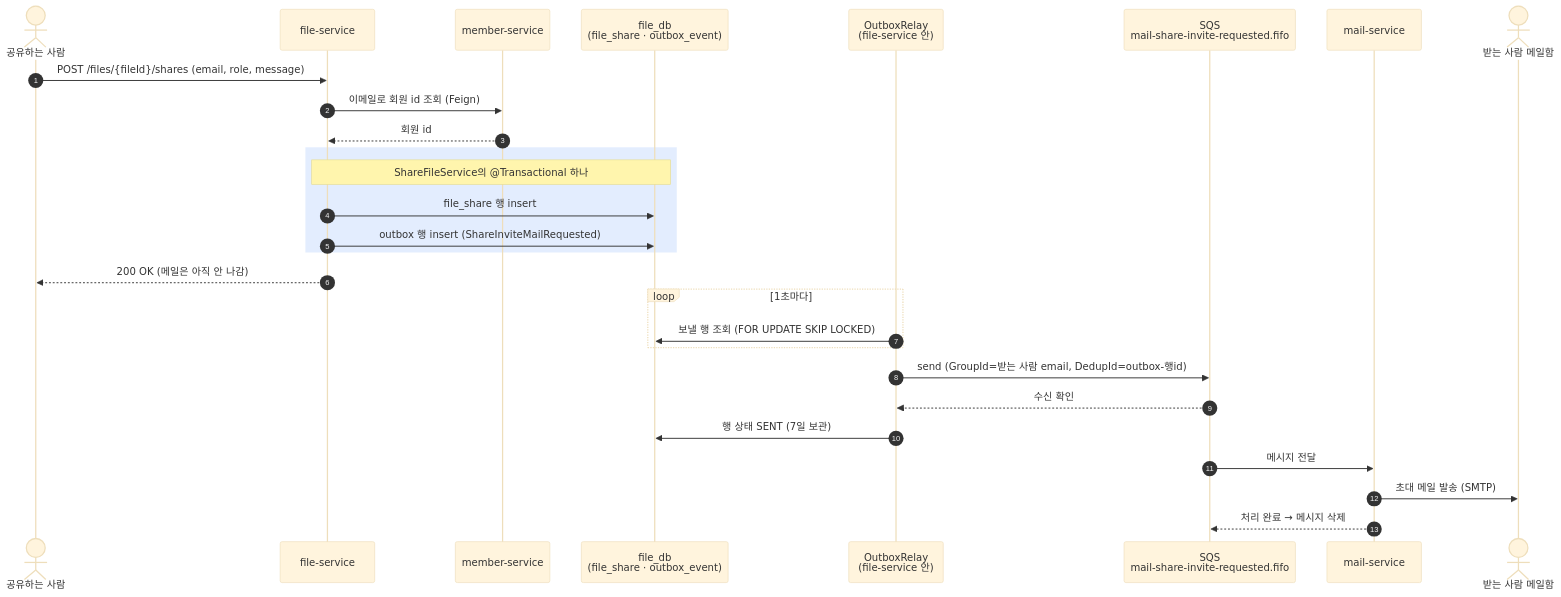
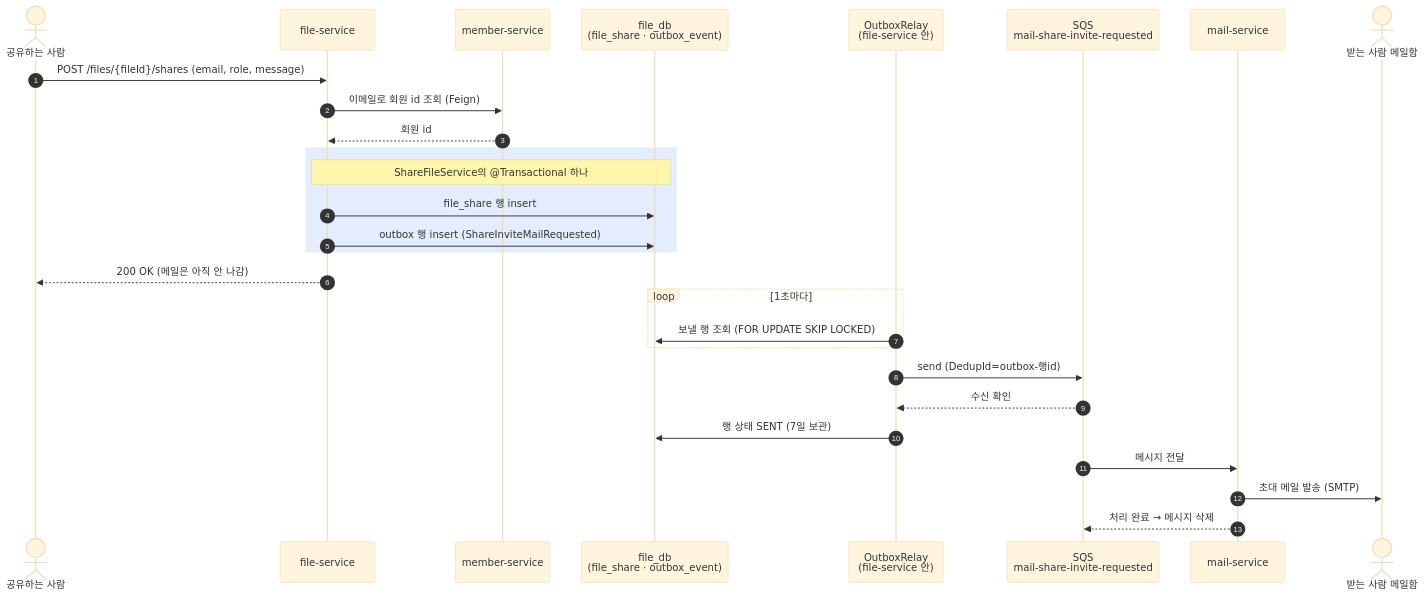
Before and after one commit to rivertw777/ModuDrive-API: the second of 4 diagrams in .docs/spec/messaging-spec.md, drawn with Mermaid (base theme). The commit also changed other lines of this file and 2 other files, not shown here.

````diff
--- a/.docs/spec/messaging-spec.md
+++ b/.docs/spec/messaging-spec.md
@@ -47,33 +75,33 @@
 ```mermaid
 sequenceDiagram
     autonumber
     actor O as 공유하는 사람
     participant F as file-service
     participant M as member-service
     participant DB as file_db<br/>(file_share · outbox_event)
     participant RL as OutboxRelay<br/>(file-service 안)
-    participant Q as SQS<br/>mail-share-invite-requested.fifo
+    participant Q as SQS<br/>mail-share-invite-requested
     participant ML as mail-service
     actor R as 받는 사람 메일함
 
     O->>F: POST /files/{fileId}/shares (email, role, message)
     F->>M: 이메일로 회원 id 조회 (Feign)
     M-->>F: 회원 id
     rect rgba(66, 133, 244, 0.15)
     note over F,DB: ShareFileService의 @Transactional 하나
     F->>DB: file_share 행 insert
     F->>DB: outbox 행 insert (ShareInviteMailRequested)
     end
     F-->>O: 200 OK (메일은 아직 안 나감)
 
     loop 1초마다
         RL->>DB: 보낼 행 조회 (FOR UPDATE SKIP LOCKED)
     end
-    RL->>Q: send (GroupId=받는 사람 email, DedupId=outbox-행id)
+    RL->>Q: send (DedupId=outbox-행id)
     Q-->>RL: 수신 확인
     RL->>DB: 행 상태 SENT (7일 보관)
 
     Q->>ML: 메시지 전달
     ML->>R: 초대 메일 발송 (SMTP)
     ML-->>Q: 처리 완료 → 메시지 삭제
 ```
````
